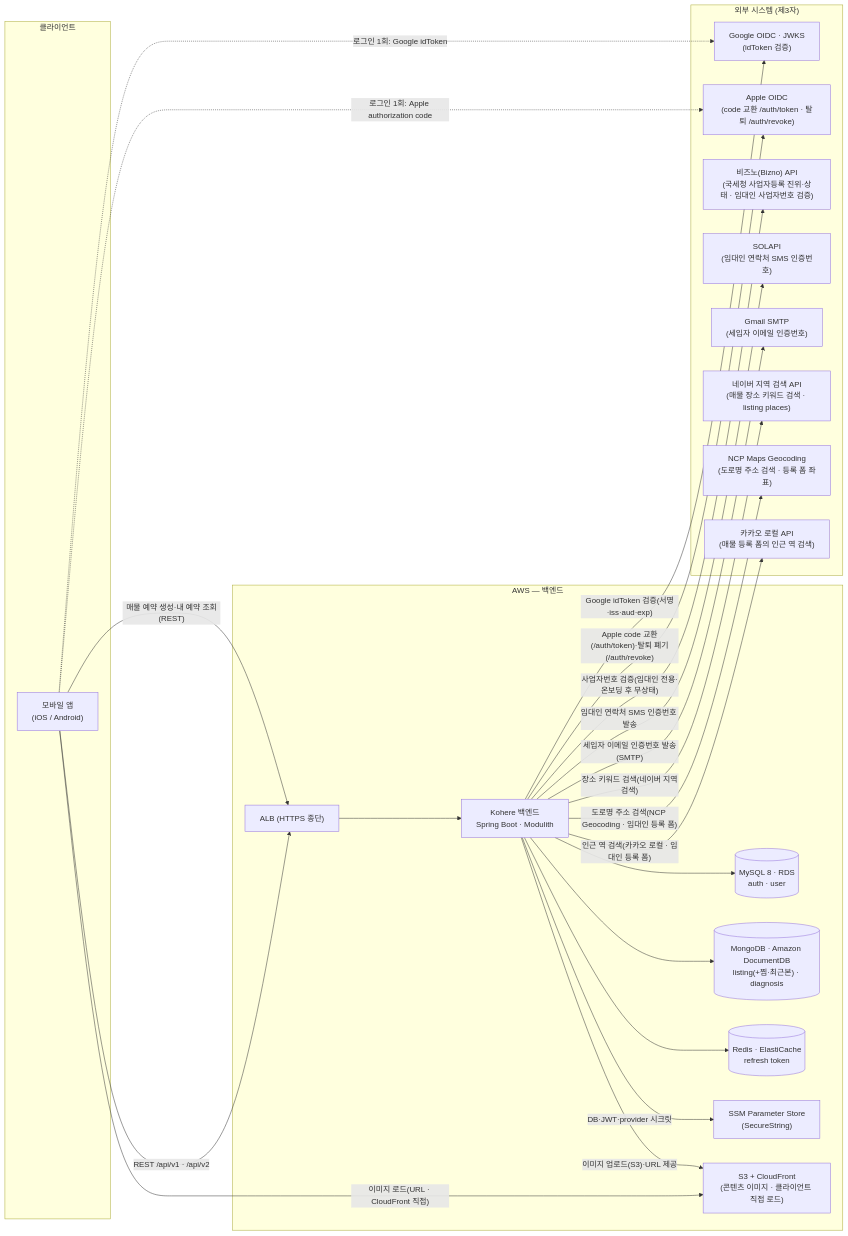
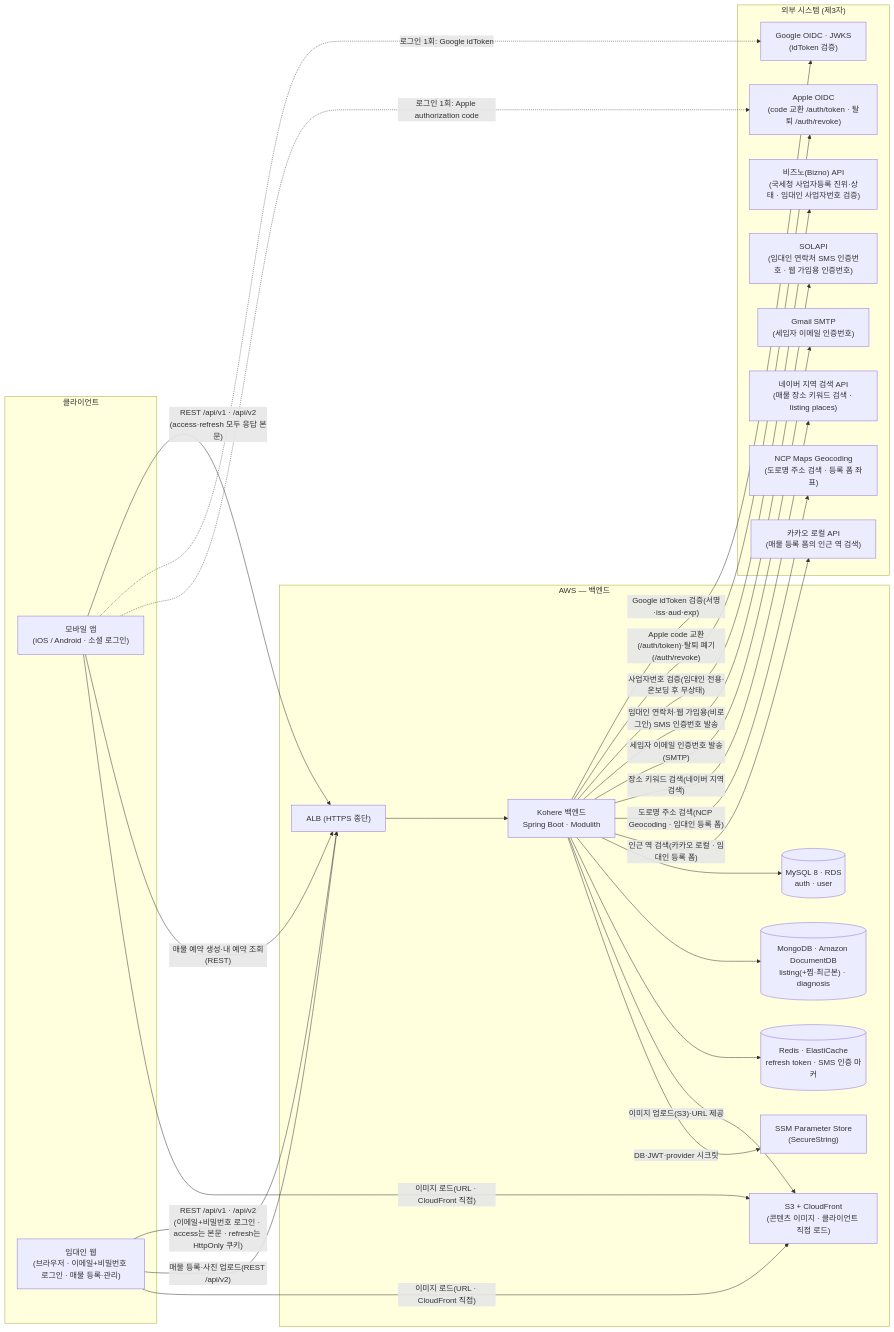
Before and after one commit to jameskim9509/Kohere-backend: the first of 5 diagrams in docs/architecture/system-overview.md, drawn with Mermaid. The commit also changed other lines of this file and 134 other files, not shown here.

First line of the commit message:
feat(auth): 임대인 웹 로그인·회원가입과 앱 계정 연동 (#230)

````diff
--- a/docs/architecture/system-overview.md
+++ b/docs/architecture/system-overview.md
@@ -30,47 +30,51 @@
 ```mermaid
 flowchart LR
     subgraph Client["클라이언트"]
-      APP["모바일 앱<br/>(iOS / Android)"]
+      APP["모바일 앱<br/>(iOS / Android · 소셜 로그인)"]
+      WEB["임대인 웹<br/>(브라우저 · 이메일+비밀번호 로그인 · 매물 등록·관리)"]
     end
 
     subgraph External["외부 시스템 (제3자)"]
       OIDC["Google OIDC · JWKS<br/>(idToken 검증)"]
       APPLE["Apple OIDC<br/>(code 교환 /auth/token · 탈퇴 /auth/revoke)"]
       BIZNO["비즈노(Bizno) API<br/>(국세청 사업자등록 진위·상태 · 임대인 사업자번호 검증)"]
-      SOLAPI["SOLAPI<br/>(임대인 연락처 SMS 인증번호)"]
+      SOLAPI["SOLAPI<br/>(임대인 연락처 SMS 인증번호 · 웹 가입용 인증번호)"]
       MAIL["Gmail SMTP<br/>(세입자 이메일 인증번호)"]
       NAVER["네이버 지역 검색 API<br/>(매물 장소 키워드 검색 · listing places)"]
       NCPGEO["NCP Maps Geocoding<br/>(도로명 주소 검색 · 등록 폼 좌표)"]
       KAKAOLOCAL["카카오 로컬 API<br/>(매물 등록 폼의 인근 역 검색)"]
     end
 
     subgraph Cloud["AWS — 백엔드"]
       ALB["ALB (HTTPS 종단)"]
       SRV["Kohere 백엔드<br/>Spring Boot · Modulith"]
       MYSQL[("MySQL 8 · RDS<br/>auth · user")]
       MONGO[("MongoDB · Amazon DocumentDB<br/>listing(+찜·최근본) · diagnosis")]
-      REDIS[("Redis · ElastiCache<br/>refresh token")]
+      REDIS[("Redis · ElastiCache<br/>refresh token · SMS 인증 마커")]
       SECRET["SSM Parameter Store<br/>(SecureString)"]
       CDN["S3 + CloudFront<br/>(콘텐츠 이미지 · 클라이언트 직접 로드)"]
     end
 
-    APP -- "REST /api/v1 · /api/v2" --> ALB
+    APP -- "REST /api/v1 · /api/v2<br/>(access·refresh 모두 응답 본문)" --> ALB
+    WEB -- "REST /api/v1 · /api/v2<br/>(이메일+비밀번호 로그인 · access는 본문 · refresh는 HttpOnly 쿠키)" --> ALB
     ALB --> SRV
     APP -. "로그인 1회: Google idToken" .-> OIDC
     APP -. "로그인 1회: Apple authorization code" .-> APPLE
     SRV -- "Google idToken 검증(서명·iss·aud·exp)" --> OIDC
     SRV -- "Apple code 교환(/auth/token)·탈퇴 폐기(/auth/revoke)" --> APPLE
     SRV -- "사업자번호 검증(임대인 전용·온보딩 후 무상태)" --> BIZNO
-    SRV -- "임대인 연락처 SMS 인증번호 발송" --> SOLAPI
+    SRV -- "임대인 연락처·웹 가입용(비로그인) SMS 인증번호 발송" --> SOLAPI
     SRV -- "세입자 이메일 인증번호 발송(SMTP)" --> MAIL
     SRV -- "장소 키워드 검색(네이버 지역검색)" --> NAVER
     SRV -- "도로명 주소 검색(NCP Geocoding · 임대인 등록 폼)" --> NCPGEO
     SRV -- "인근 역 검색(카카오 로컬 · 임대인 등록 폼)" --> KAKAOLOCAL
     SRV --> MYSQL
     SRV --> MONGO
     SRV --> REDIS
     APP -- "매물 예약 생성·내 예약 조회(REST)" --> ALB
+    WEB -- "매물 등록·사진 업로드(REST /api/v2)" --> ALB
     APP -- "이미지 로드(URL · CloudFront 직접)" --> CDN
+    WEB -- "이미지 로드(URL · CloudFront 직접)" --> CDN
     SRV -- "이미지 업로드(S3)·URL 제공" --> CDN
     SRV -- "DB·JWT·provider 시크릿" --> SECRET
 ```
````
